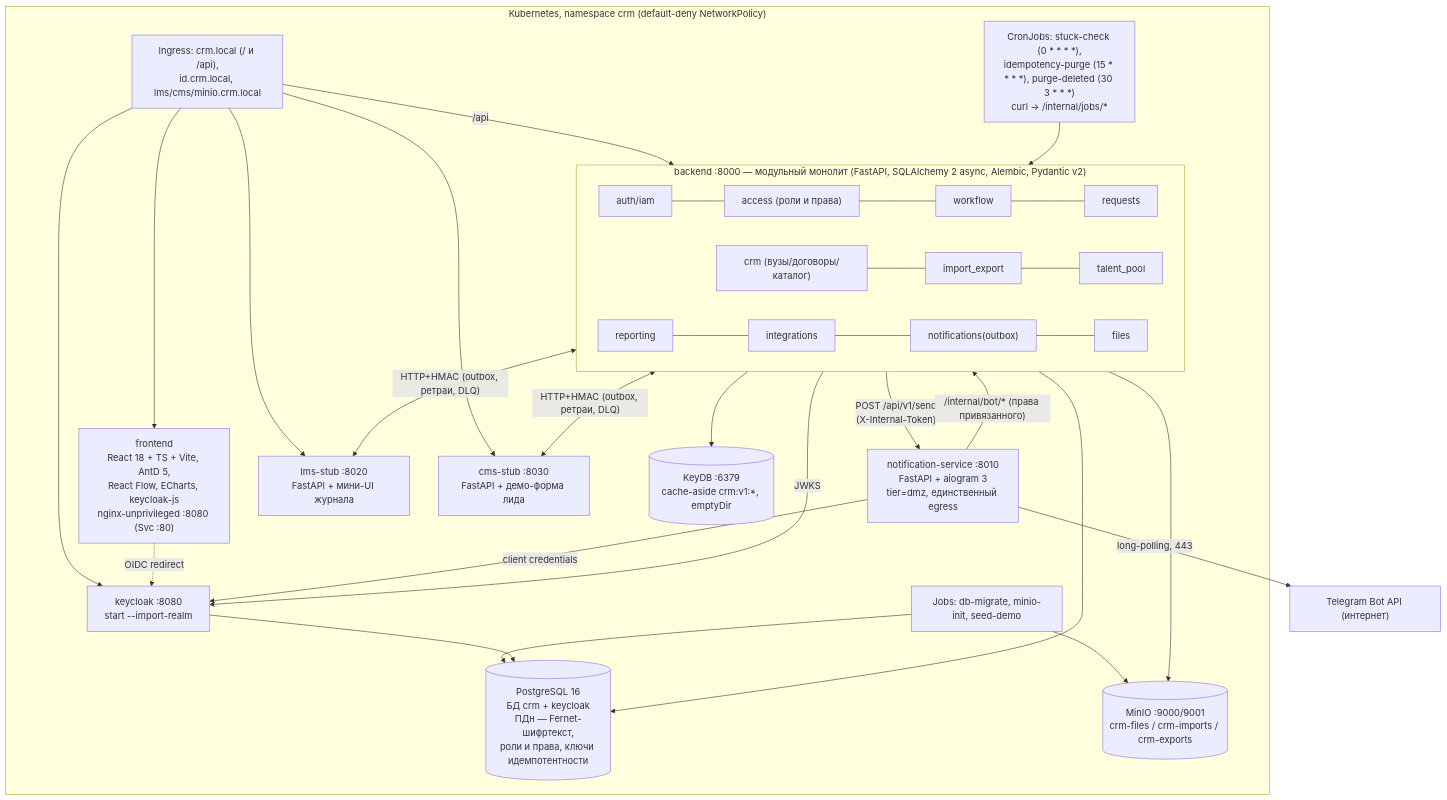
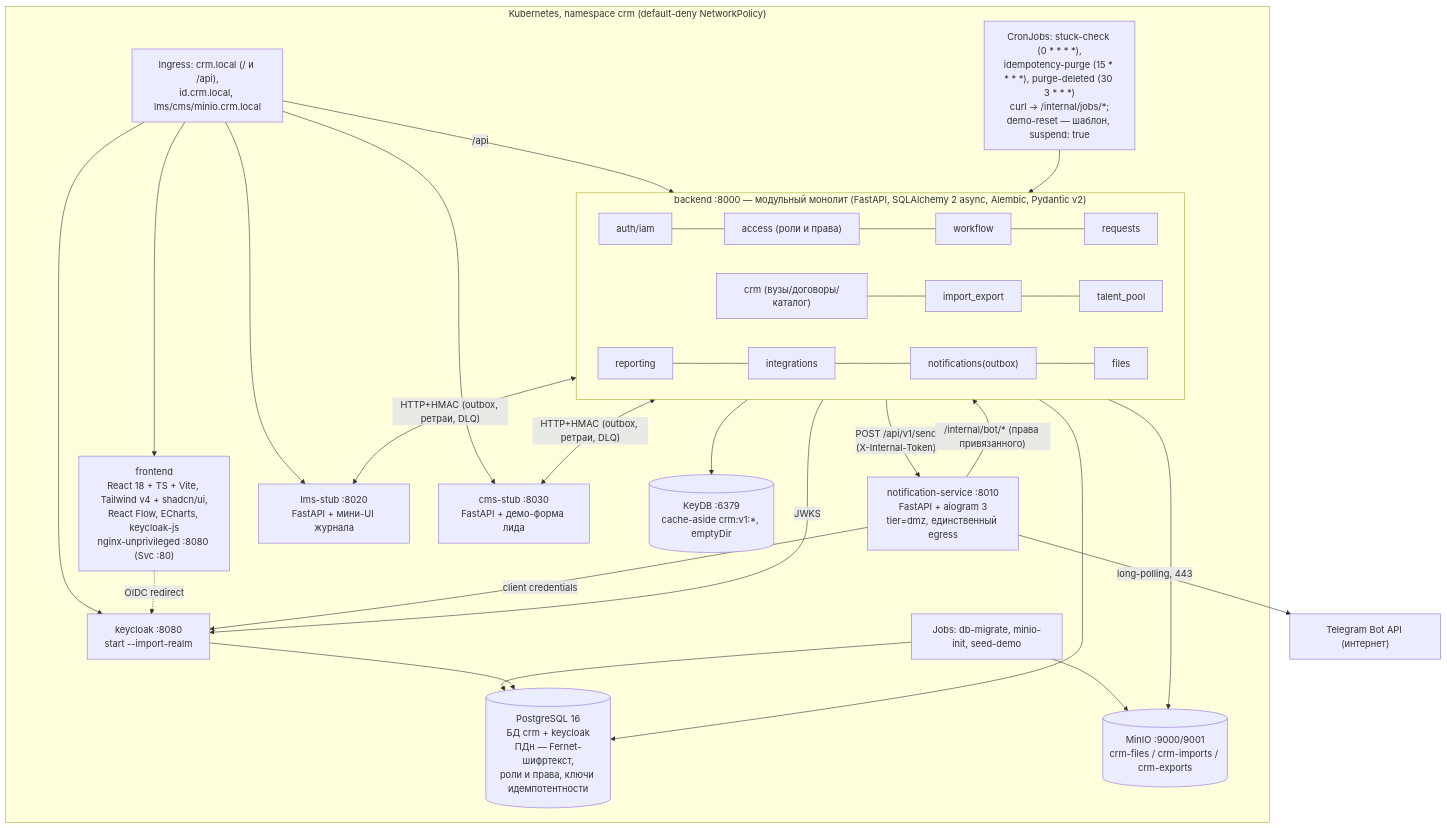
The second of 2 diagrams in docs/design/OVERVIEW.md (ilya2108/Collabse-LCT-Alma), drawn with Mermaid before and after one commit. The commit also changed other lines of this file and 25 other files, not shown here.

````diff
--- a/docs/design/OVERVIEW.md
+++ b/docs/design/OVERVIEW.md
@@ -131,42 +140,42 @@
 ```mermaid
 flowchart TB
     subgraph k8s["Kubernetes, namespace crm (default-deny NetworkPolicy)"]
         ING["Ingress: crm.local (/ и /api),\nid.crm.local, lms/cms/minio.crm.local"]
 
-        FE["frontend\nReact 18 + TS + Vite, AntD 5,\nReact Flow, ECharts, keycloak-js\nnginx-unprivileged :8080 (Svc :80)"]
+        FE["frontend\nReact 18 + TS + Vite, Tailwind v4 + shadcn/ui,\nReact Flow, ECharts, keycloak-js\nnginx-unprivileged :8080 (Svc :80)"]
 
         subgraph BE["backend :8000 — модульный монолит (FastAPI, SQLAlchemy 2 async, Alembic, Pydantic v2)"]
             M1["auth/iam"] --- M11["access (роли и права)"] --- M2["workflow"] --- M3["requests"]
             M4["crm (вузы/договоры/каталог)"] --- M5["import_export"] --- M6["talent_pool"]
             M7["reporting"] --- M8["integrations"] --- M9["notifications(outbox)"] --- M10["files"]
         end
 
         NT["notification-service :8010\nFastAPI + aiogram 3\ntier=dmz, единственный egress"]
         LST["lms-stub :8020\nFastAPI + мини-UI журнала"]
         CST["cms-stub :8030\nFastAPI + демо-форма лида"]
         KCC["keycloak :8080\nstart --import-realm"]
 
         PG[("PostgreSQL 16\nБД crm + keycloak\nПДн — Fernet-шифртекст,\nроли и права, ключи идемпотентности")]
         S3[("MinIO :9000/9001\ncrm-files / crm-imports / crm-exports")]
         KD[("KeyDB :6379\ncache-aside crm:v1:*, emptyDir")]
 
-        CRON["CronJobs: stuck-check (0 * * * *),\nidempotency-purge (15 * * * *), purge-deleted (30 3 * * *)\ncurl → /internal/jobs/*"]
+        CRON["CronJobs: stuck-check (0 * * * *),\nidempotency-purge (15 * * * *), purge-deleted (30 3 * * *)\ncurl → /internal/jobs/*;\ndemo-reset — шаблон, suspend: true"]
         JOBS["Jobs: db-migrate, minio-init, seed-demo"]
     end
     TGAPI["Telegram Bot API (интернет)"]
 
     ING --> FE
     ING -->|"/api"| BE
     ING --> KCC & LST & CST
     FE -.->|"OIDC redirect"| KCC
     BE --> PG & S3 & KD
     BE -->|"JWKS"| KCC
     BE <-->|"HTTP+HMAC (outbox, ретраи, DLQ)"| LST & CST
     BE -->|"POST /api/v1/send\n(X-Internal-Token)"| NT
     NT -->|"client credentials"| KCC
     NT -->|"/internal/bot/* (права привязанного)"| BE
     NT -->|"long-polling, 443"| TGAPI
     CRON --> BE
     JOBS --> PG & S3
     KCC --> PG
 ```
````
